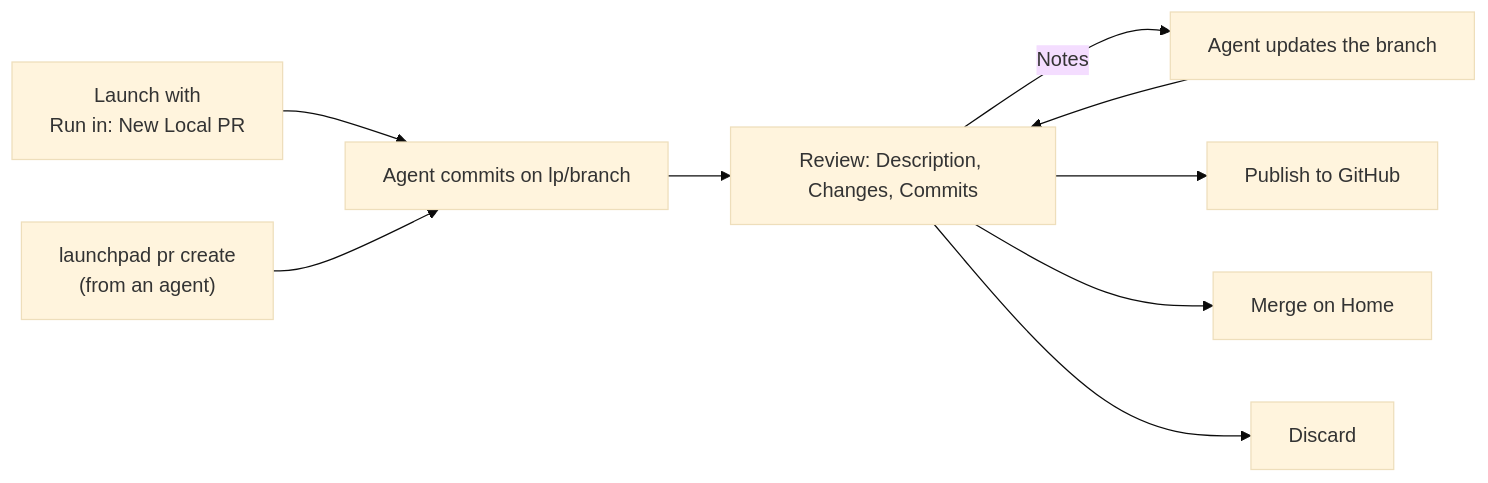
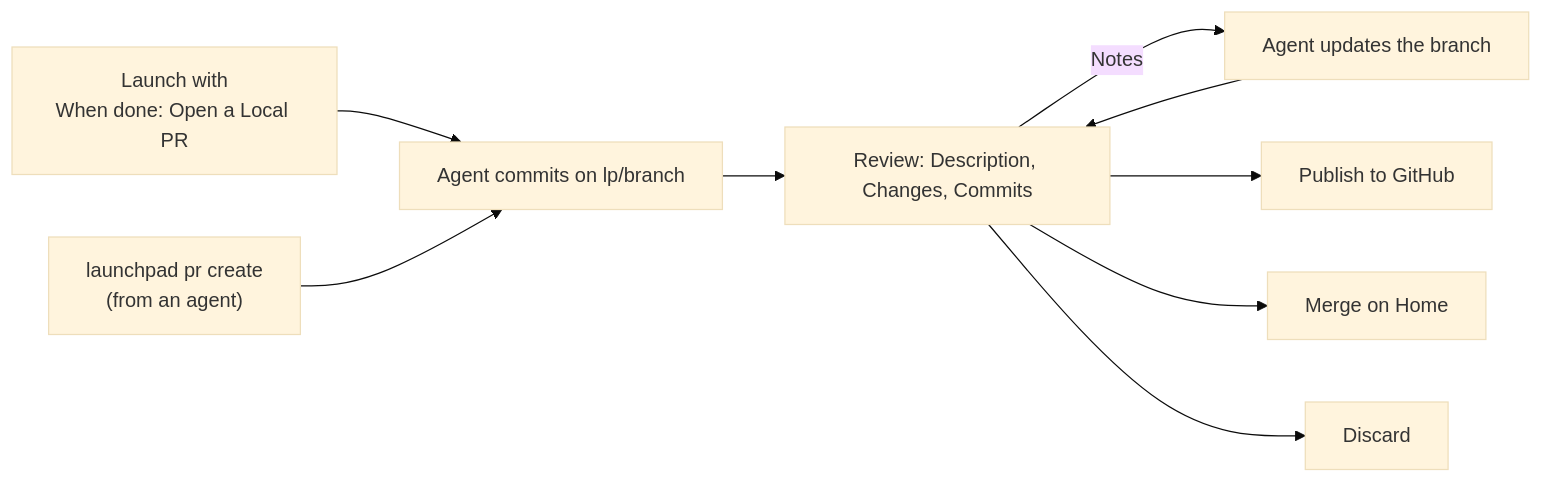
One commit to Wauplin/launchpad changed the diagram in docs/github.md. Above: the diagram before and after it, drawn with Mermaid (base theme). The commit also changed other lines of this file and 3 other files, not shown here.

Commit message:
Composer: one Run in menu for Git folders (new worktree from a branch, existing worktree or Local PR) replaces Run in + From; New Local PR removed (When done → Open a Local PR covers it)

````diff
--- a/docs/github.md
+++ b/docs/github.md
@@ -69,11 +69,11 @@
 ```mermaid
 flowchart LR
-    A["Launch with<br/>Run in: New Local PR"] --> B[Agent commits on lp/branch]
+    A["Launch with<br/>When done: Open a Local PR"] --> B[Agent commits on lp/branch]
     C["launchpad pr create<br/>(from an agent)"] --> B
     B --> D[Review: Description, Changes, Commits]
     D -->|Notes| E[Agent updates the branch]
     E --> D
     D --> F[Publish to GitHub]
     D --> G[Merge on Home]
     D --> H[Discard]
 ```
````
